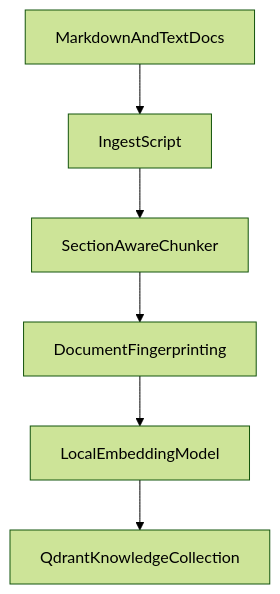
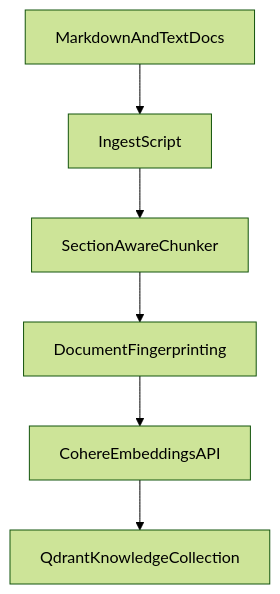
The second of 2 diagrams in README.md (soumyadeep-git/Avivo), drawn with Mermaid (forest theme) before and after one commit. The commit also changed other lines of this file and 5 other files, not shown here.

Commit message:
feat(vercel): switch to Cohere embeddings and fix Qdrant cloud indexing

````diff
--- a/README.md
+++ b/README.md
@@ -32,8 +34,8 @@
 ```mermaid
 flowchart TD
     Docs[MarkdownAndTextDocs] --> Loader[IngestScript]
     Loader --> Chunker[SectionAwareChunker]
     Chunker --> Fingerprint[DocumentFingerprinting]
-    Fingerprint --> Embed[LocalEmbeddingModel]
+    Fingerprint --> Embed[CohereEmbeddingsAPI]
     Embed --> VectorDB[QdrantKnowledgeCollection]
 ```
````
